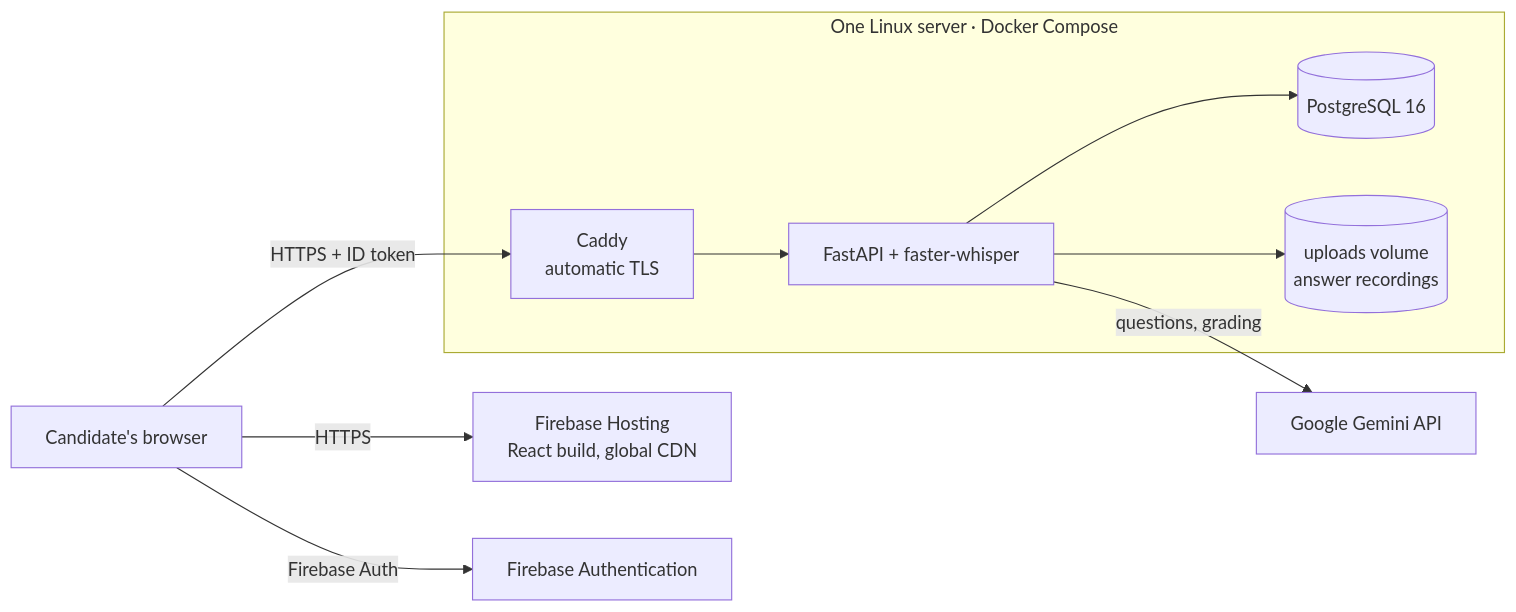
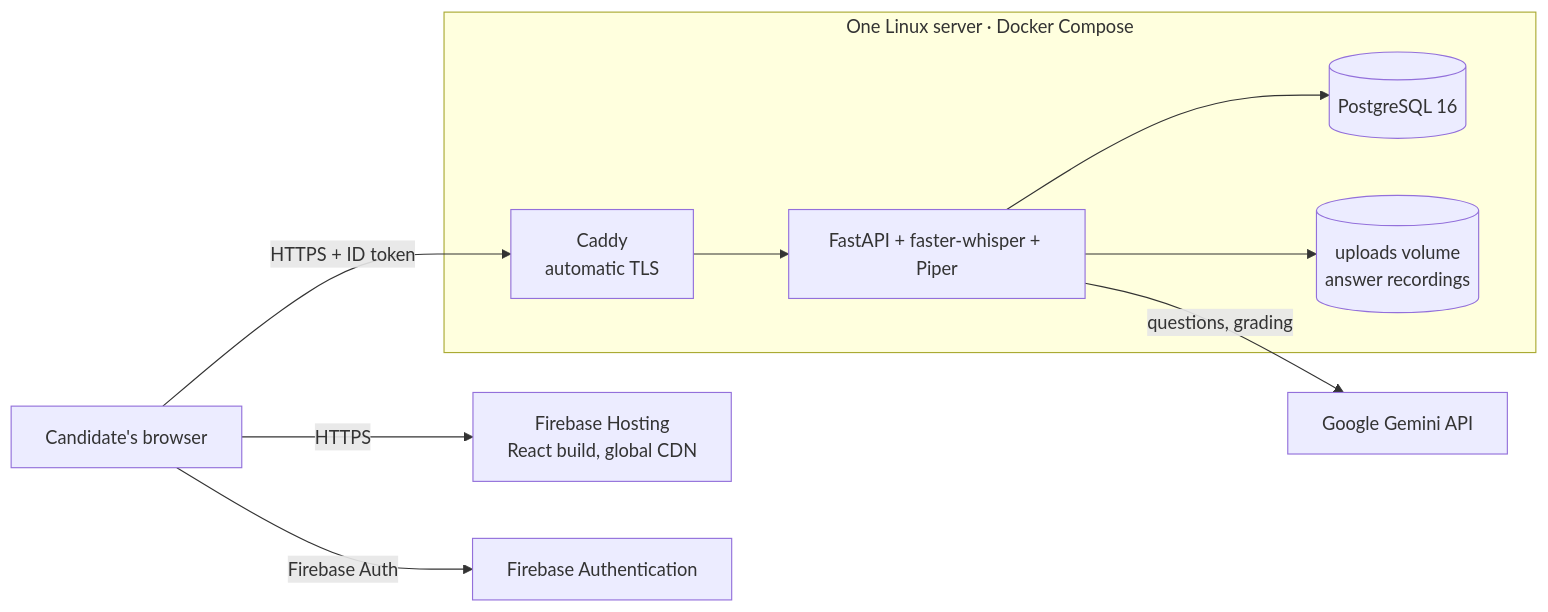
One commit to GaneshKotakonda/ai-interview-evaluation-sysytem changed the diagram in docs/DEPLOYMENT.md. Above: the diagram before and after it, drawn with Mermaid. The commit also changed other lines of this file and 27 other files, not shown here.

````diff
--- a/docs/DEPLOYMENT.md
+++ b/docs/DEPLOYMENT.md
@@ -7,12 +20,12 @@
 ```mermaid
 flowchart LR
   U[Candidate's browser] -->|HTTPS| H[Firebase Hosting<br/>React build, global CDN]
   U -->|Firebase Auth| A[Firebase Authentication]
   U -->|HTTPS + ID token| C[Caddy<br/>automatic TLS]
   subgraph VM[One Linux server · Docker Compose]
-    C --> API[FastAPI + faster-whisper]
+    C --> API[FastAPI + faster-whisper + Piper]
     API --> DB[(PostgreSQL 16)]
     API --> V[(uploads volume<br/>answer recordings)]
   end
   API -->|questions, grading| G[Google Gemini API]
 ```
````
